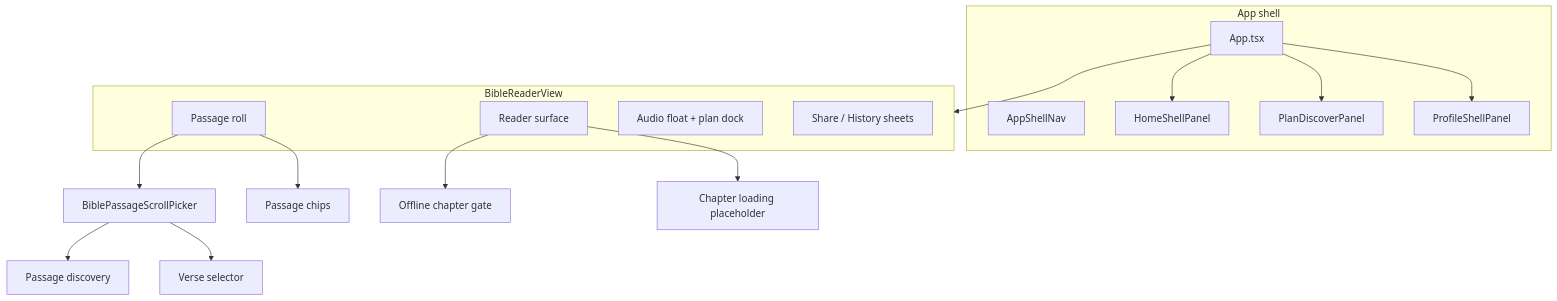
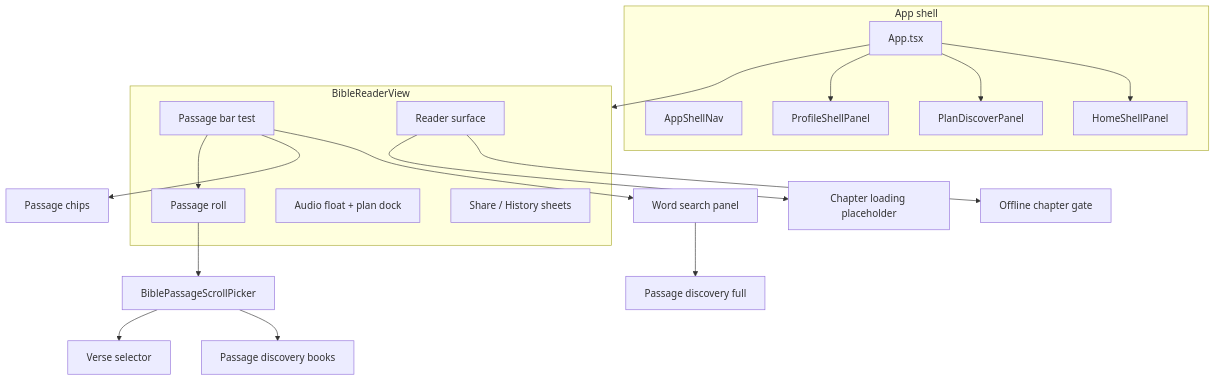
The diagram in docs/components/Bibloscomponents.md (clevencode/Biblos), drawn with Mermaid before and after one commit. The commit also changed other lines of this file and 14 other files, not shown here.

````diff
--- a/docs/components/Bibloscomponents.md
+++ b/docs/components/Bibloscomponents.md
@@ -9,26 +9,30 @@
 ```mermaid
 flowchart TB
   subgraph shell [App shell]
     App[App.tsx]
     Nav[AppShellNav]
     Home[HomeShellPanel]
     Plan[PlanDiscoverPanel]
     Profile[ProfileShellPanel]
   end
   subgraph reader [BibleReaderView]
+    Bar[Passage bar test]
     Roll[Passage roll]
     Surface[Reader surface]
     Dock[Audio float + plan dock]
     Share[Share / History sheets]
   end
   App --> Home
   App --> Plan
   App --> Profile
   App --> reader
+  Bar --> SearchIcon[Word search panel]
+  Bar --> Chips[Passage chips]
+  Bar --> Roll
   Roll --> Picker[BiblePassageScrollPicker]
-  Picker --> Discovery[Passage discovery]
+  Picker --> Discovery[Passage discovery books]
+  SearchIcon --> WordDiscovery[Passage discovery full]
   Picker --> Verses[Verse selector]
-  Roll --> Chips[Passage chips]
   Surface --> OfflineGate[Offline chapter gate]
   Surface --> ChapterSkel[Chapter loading placeholder]
 ```
````
